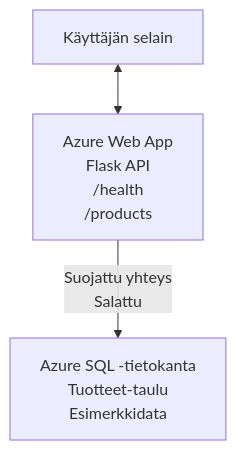
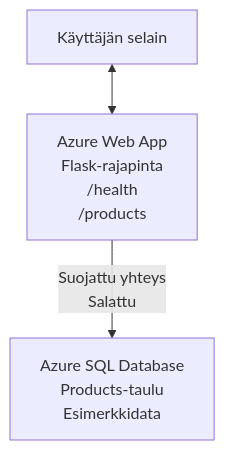
The diagram in translations/fi/examples/database-app/README.md (microsoft/AZD-for-beginners), drawn with Mermaid before and after one commit. The commit also changed other lines of this file and 101 other files, not shown here.

````diff
--- a/translations/fi/examples/database-app/README.md
+++ b/translations/fi/examples/database-app/README.md
@@ -72,5 +72,5 @@
 ```mermaid
 graph TD
-    Browser[Käyttäjän selain] <--> WebApp[Azure Web App<br/>Flask API<br/>/health<br/>/products]
-    WebApp -- Suojattu yhteys<br/>Salattu --> SQL[Azure SQL -tietokanta<br/>Tuotteet-taulu<br/>Esimerkkidata]
+    Browser[Käyttäjän selain] <--> WebApp[Azure Web App<br/>Flask-rajapinta<br/>/health<br/>/products]
+    WebApp -- Suojattu yhteys<br/>Salattu --> SQL[Azure SQL Database<br/>Products-taulu<br/>Esimerkkidata]
 ```
````
